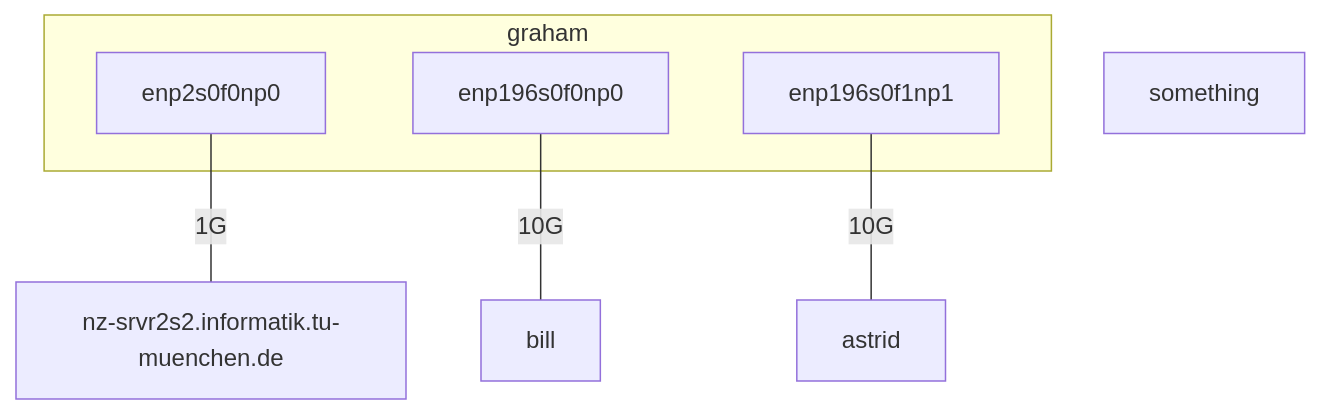
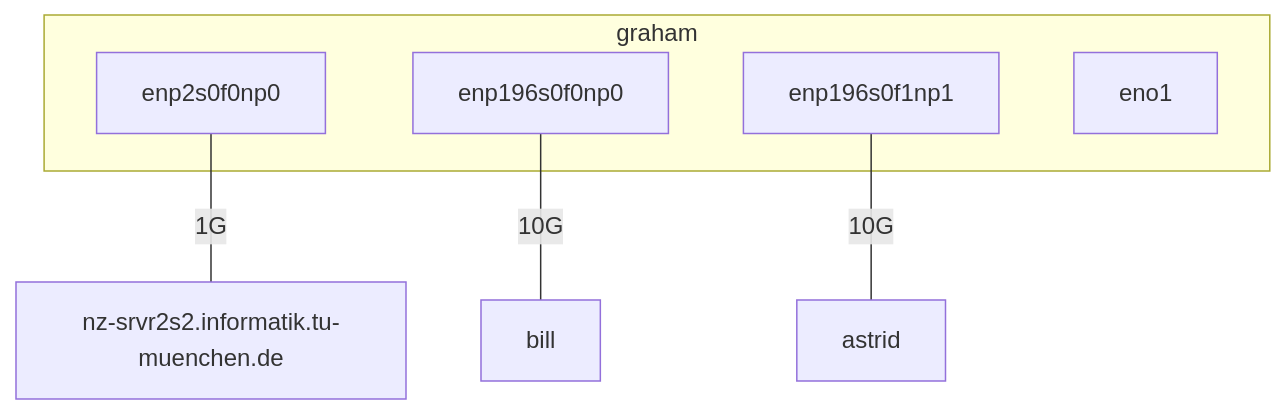
The fourth of 4 diagrams in some-mermaid-graph.md (ackxolotl/doctor-cluster-config), drawn with Mermaid before and after one commit.

````diff
--- a/some-mermaid-graph.md
+++ b/some-mermaid-graph.md
@@ -45,14 +45,14 @@
 ```mermaid
   graph TD
-    graham.something["something"]
     enp2s0f0np0-- 1G ---D["nz-srvr2s2.informatik.tu-muenchen.de"]
     enp196s0f0np0-- 10G ---bill
     enp196s0f1np1-- 10G ---astrid
     subgraph graham
+    graham.something["eno1"]
     enp2s0f0np0
     enp196s0f1np1
     enp196s0f0np0
     end
     click astrid "https://github.com/ackxolotl/doctor-cluster-config/blob/mermaid/docs/tum/astrid.md" "astrid"
     click bill "https://github.com/ackxolotl/doctor-cluster-config/blob/mermaid/docs/tum/bill.md" "bill"
 ```
````
